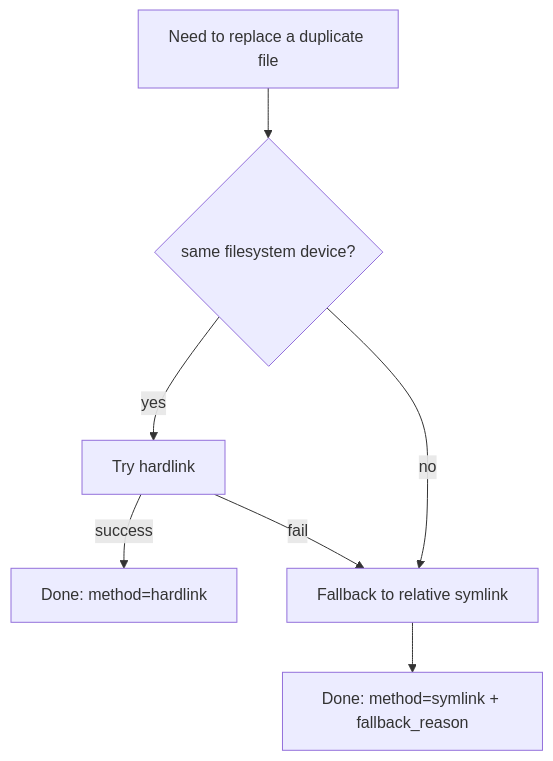
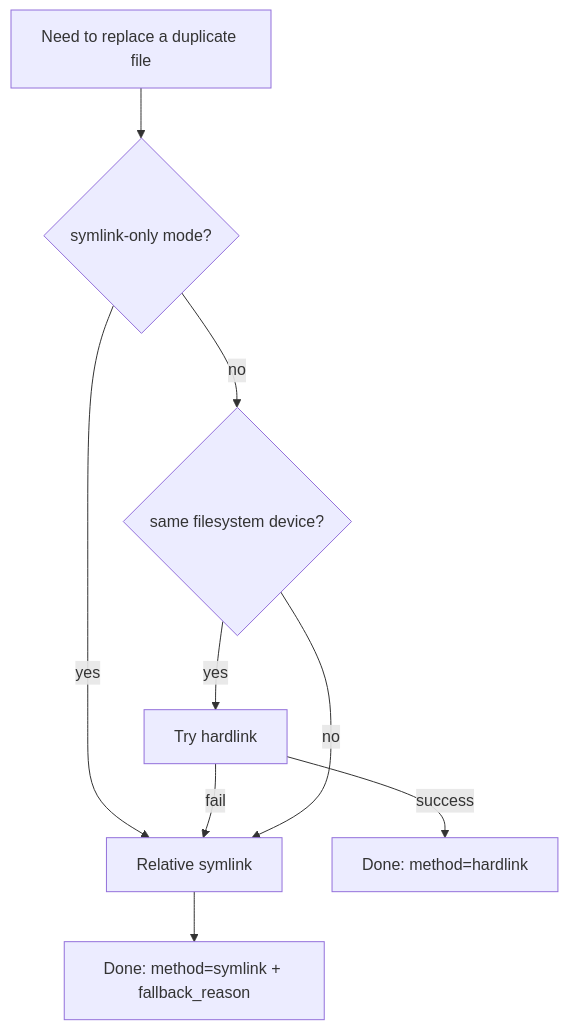
The fourth of 6 diagrams in docs/HOW_IT_WORKS.md (BattermanZ/DejaView), drawn with Mermaid before and after one commit. The commit also changed other lines of this file and 1 other file, not shown here.

````diff
--- a/docs/HOW_IT_WORKS.md
+++ b/docs/HOW_IT_WORKS.md
@@ -78,9 +99,11 @@
 ```mermaid
 flowchart TD
-    A[Need to replace a duplicate file] --> B{same filesystem device?}
+    A[Need to replace a duplicate file] --> S{symlink-only mode?}
+    S -- yes --> E[Relative symlink]
+    S -- no --> B{same filesystem device?}
     B -- yes --> C[Try hardlink]
     C -- success --> D[Done: method=hardlink]
-    C -- fail --> E[Fallback to relative symlink]
+    C -- fail --> E
     B -- no --> E
     E --> F[Done: method=symlink + fallback_reason]
 ```
````
